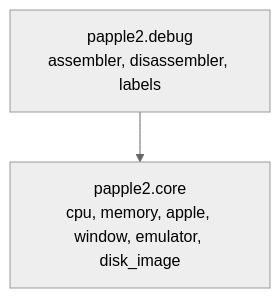
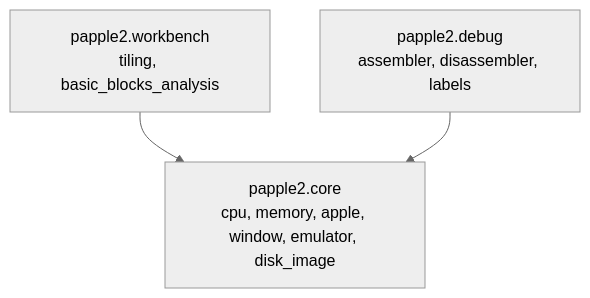
The first of 4 diagrams in README.md (fschuhi/papple2), drawn with Mermaid (neutral theme) before and after one commit. The commit also changed other lines of this file and 12 other files, not shown here.

````diff
--- a/README.md
+++ b/README.md
@@ -73,7 +74,9 @@
 ```mermaid
 graph TD
+    WORKBENCH["papple2.workbench<br/>tiling, basic_blocks_analysis"]
     DEBUG["papple2.debug<br/>assembler, disassembler, labels"]
     CORE["papple2.core<br/>cpu, memory, apple, window, emulator, disk_image"]
 
+    WORKBENCH --> CORE
     DEBUG --> CORE
 ```
````
